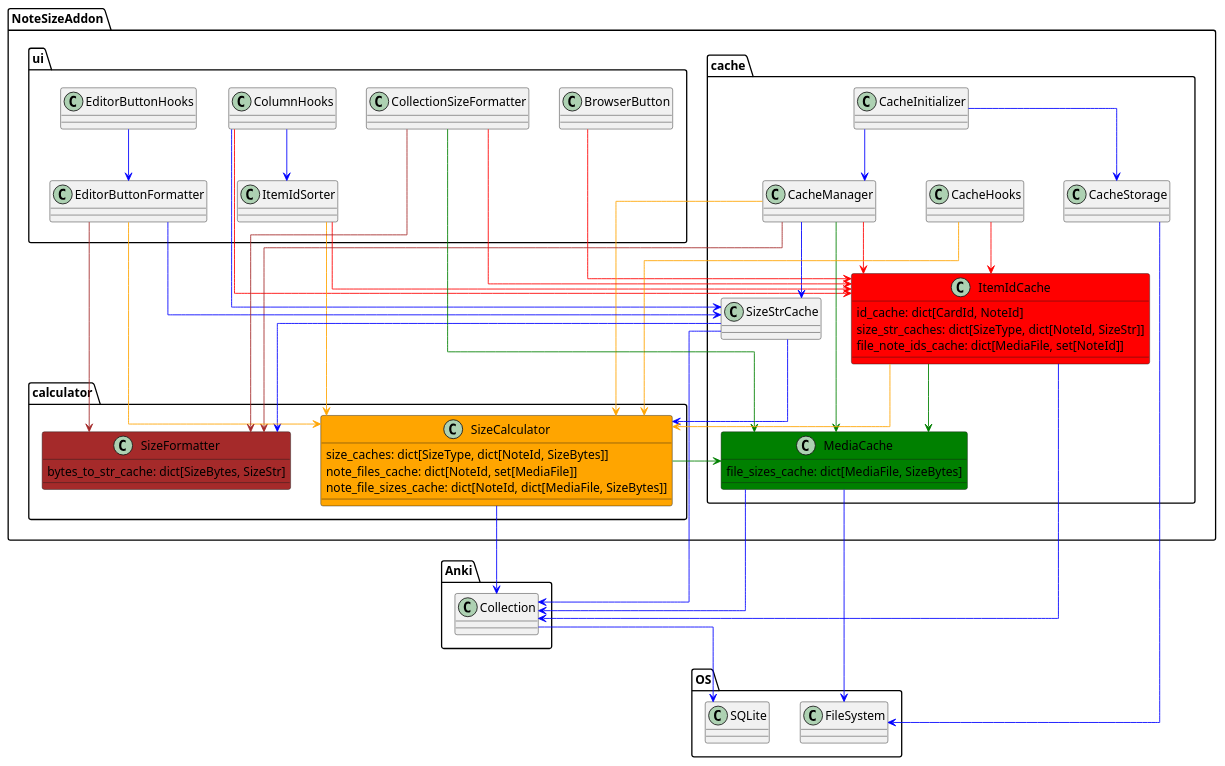
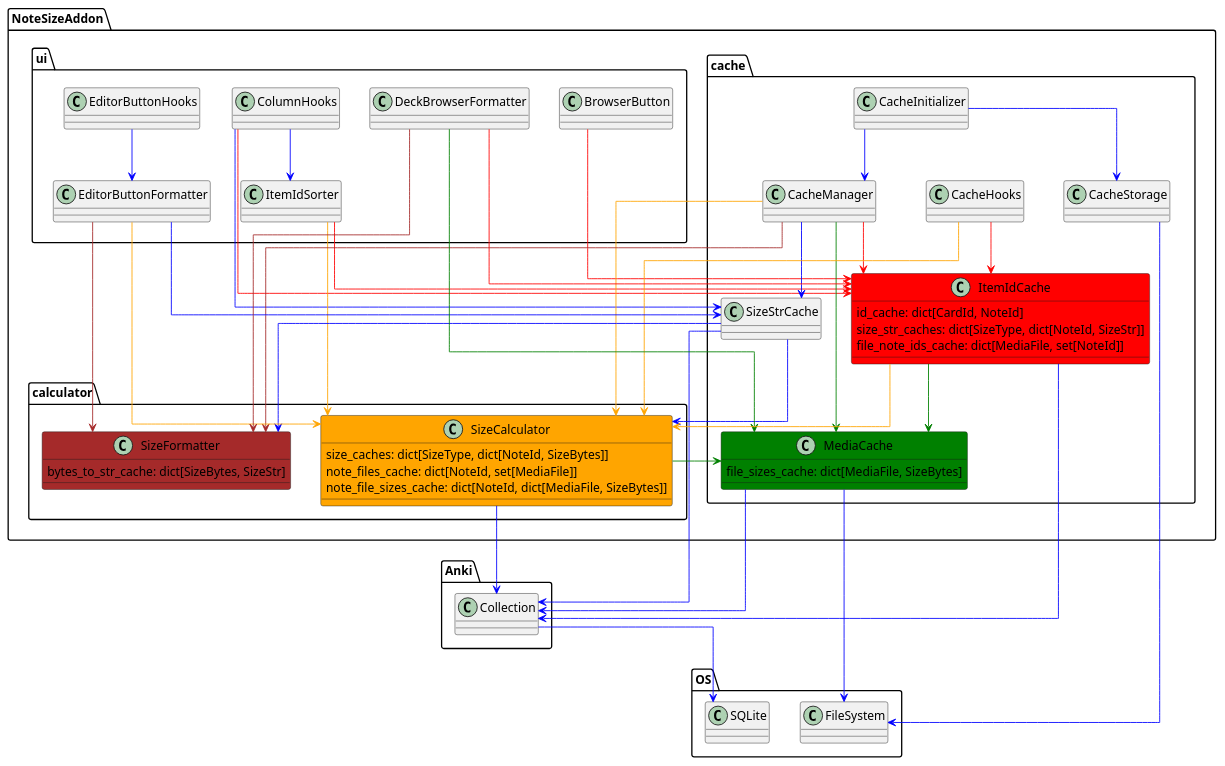
One commit to Aleks-Ya/note-size-anki-addon changed the diagram in docs-template/uml/cache-class-diagram.puml. Above: the diagram before and after it, drawn with PlantUML. The commit also changed 5 other files, not shown here.

Commit message:
Rename CollectionSizeFormatter to DeckBrowserFormatter

```diff
--- a/docs-template/uml/cache-class-diagram.puml
+++ b/docs-template/uml/cache-class-diagram.puml
@@ -1,109 +1,109 @@
 @startuml
 skinparam linetype ortho
 skinparam class {
     ArrowColor blue
 }
 'https://plantuml.com/class-diagram
 
 package OS {
     class SQLite
     class FileSystem
 }
 
 package Anki {
     class Collection
 }
 
 package NoteSizeAddon {
 
     package calculator {
         class SizeCalculator #orange {
             size_caches: dict[SizeType, dict[NoteId, SizeBytes]]
             note_files_cache: dict[NoteId, set[MediaFile]]
             note_file_sizes_cache: dict[NoteId, dict[MediaFile, SizeBytes]]
         }
         class SizeFormatter #brown {
             bytes_to_str_cache: dict[SizeBytes, SizeStr]
         }
     }
 
     package cache {
         class CacheManager
         class CacheHooks
         class ItemIdCache #red {
             id_cache: dict[CardId, NoteId]
             size_str_caches: dict[SizeType, dict[NoteId, SizeStr]]
             file_note_ids_cache: dict[MediaFile, set[NoteId]]
         }
         class MediaCache #green {
             file_sizes_cache: dict[MediaFile, SizeBytes]
         }
         class CacheInitializer
         class CacheStorage
         class SizeStrCache
     }
 
     package ui {
         together {
                 class EditorButtonHooks
             class EditorButtonFormatter
         }
         class BrowserButton
-        class CollectionSizeFormatter
+        class DeckBrowserFormatter
         together {
             class ColumnHooks
             class ItemIdSorter
         }
     }
 }
 
 BrowserButton --> ItemIdCache #red
 
 EditorButtonHooks --> EditorButtonFormatter
 
 ColumnHooks --> ItemIdCache #red
 ColumnHooks --> ItemIdSorter
 ColumnHooks --> SizeStrCache
 
 ItemIdSorter --> ItemIdCache #red
 ItemIdSorter --> SizeCalculator #orange
 
 CacheInitializer --> CacheManager
 CacheInitializer --> CacheStorage
 
 CacheManager --> MediaCache #green
 CacheManager --> ItemIdCache #red
 CacheManager --> SizeCalculator #orange
 CacheManager --> SizeFormatter #brown
 CacheManager --> SizeStrCache
 
 CacheHooks --> ItemIdCache #red
 CacheHooks --> SizeCalculator #orange
 
 SizeStrCache --> Collection
 SizeStrCache --> SizeCalculator
 SizeStrCache --> SizeFormatter
 
 Collection --> SQLite
 
 EditorButtonFormatter --> SizeStrCache
 EditorButtonFormatter --> SizeCalculator #orange
 EditorButtonFormatter --> SizeFormatter #brown
 
-CollectionSizeFormatter --> ItemIdCache #red
-CollectionSizeFormatter --> MediaCache #green
-CollectionSizeFormatter --> SizeFormatter #brown
+DeckBrowserFormatter --> ItemIdCache #red
+DeckBrowserFormatter --> MediaCache #green
+DeckBrowserFormatter --> SizeFormatter #brown
 
 SizeCalculator --> Collection
 SizeCalculator --> MediaCache #green
 
 CacheStorage --> FileSystem
 
 ItemIdCache --> Collection
 ItemIdCache --> SizeCalculator #orange
 ItemIdCache --> MediaCache #green
 
 MediaCache --> Collection
 MediaCache --> FileSystem
 
 @enduml
```
